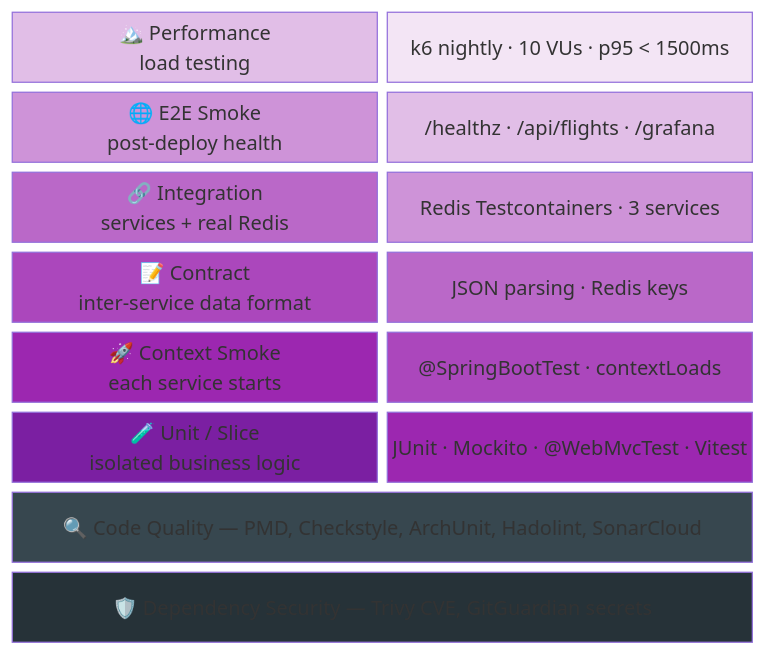
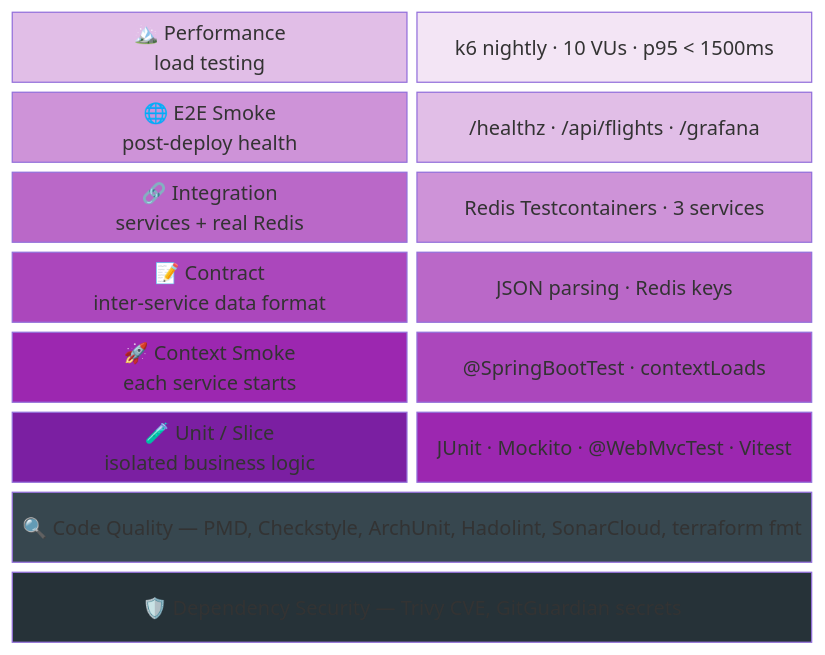
Before and after one commit to ClementV78/CloudRadar: the first of 7 diagrams in docs/testing-overview-en.md, drawn with Mermaid. The commit also changed other lines of this file and 5 other files, not shown here.

````diff
--- a/docs/testing-overview-en.md
+++ b/docs/testing-overview-en.md
@@ -27,28 +30,28 @@
 ```mermaid
 block-beta
   columns 2
 
   P["🏔️ Performance<br>load testing"]:1 Pd["k6 nightly · 10 VUs · p95 < 1500ms"]:1
   E["🌐 E2E Smoke<br>post-deploy health"]:1 Ed["/healthz · /api/flights · /grafana"]:1
   D["🔗 Integration<br>services + real Redis"]:1 Dd["Redis Testcontainers · 3 services"]:1
   C["📝 Contract<br>inter-service data format"]:1 Cd["JSON parsing · Redis keys"]:1
   S["🚀 Context Smoke<br>each service starts"]:1 Sd["@SpringBootTest · contextLoads"]:1
   U["🧪 Unit / Slice<br>isolated business logic"]:1 Ud["JUnit · Mockito · @WebMvcTest · Vitest"]:1
-  SA["🔍 Code Quality — PMD, Checkstyle, ArchUnit, Hadolint, SonarCloud"]:2
+  SA["🔍 Code Quality — PMD, Checkstyle, ArchUnit, Hadolint, SonarCloud, terraform fmt"]:2
   SC["🛡️ Dependency Security — Trivy CVE, GitGuardian secrets"]:2
 
   style P fill:#e1bee7,color:#000
   style Pd fill:#f3e5f5,color:#000
   style E fill:#ce93d8,color:#000
   style Ed fill:#e1bee7,color:#000
   style D fill:#ba68c8,color:#fff
   style Dd fill:#ce93d8,color:#000
   style C fill:#ab47bc,color:#fff
   style Cd fill:#ba68c8,color:#fff
   style S fill:#9c27b0,color:#fff
   style Sd fill:#ab47bc,color:#fff
   style U fill:#7b1fa2,color:#fff
   style Ud fill:#9c27b0,color:#fff
   style SA fill:#37474f,color:#fff
   style SC fill:#263238,color:#fff
 ```
````
